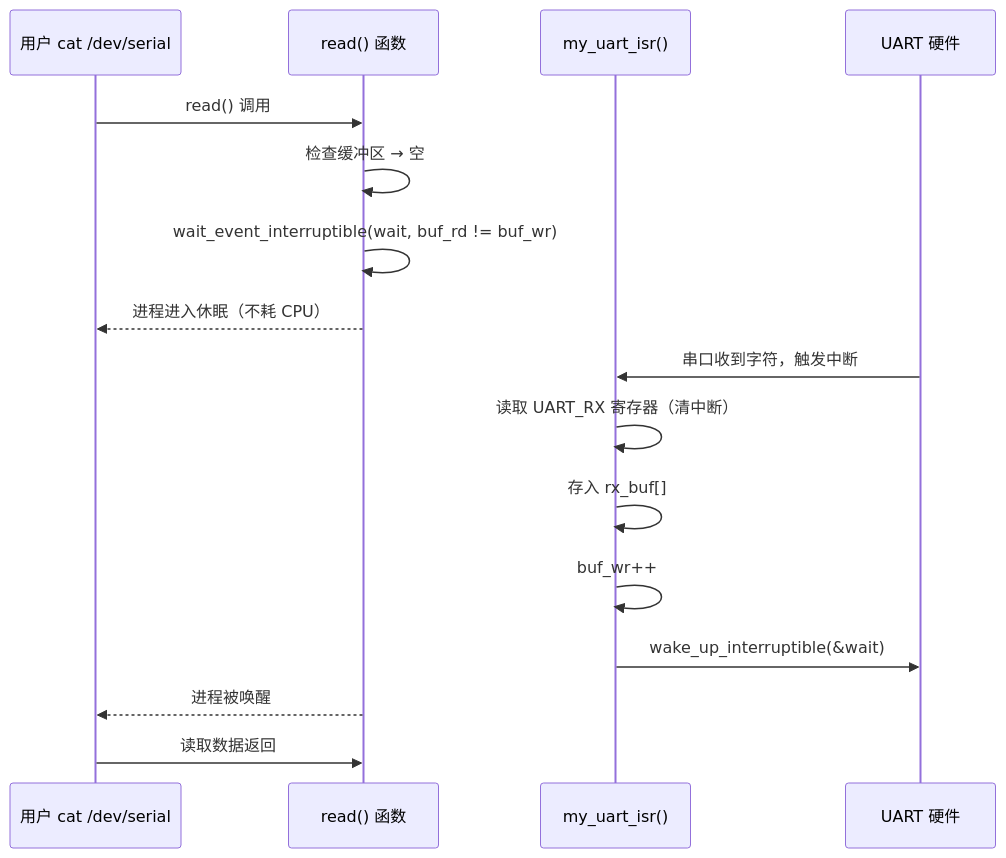
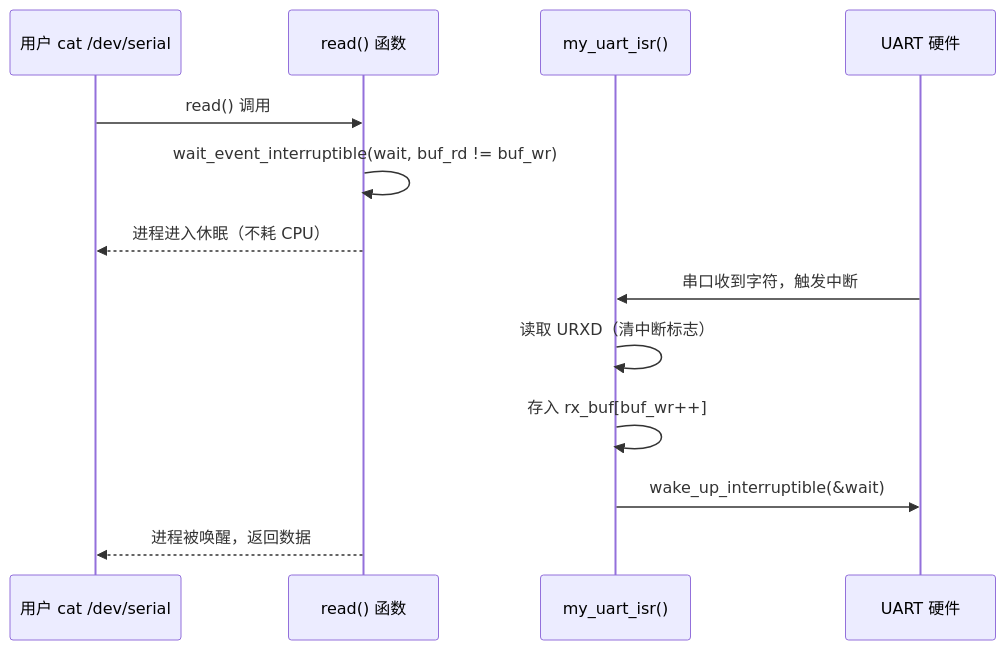
The seventh of 10 diagrams in Bootlin-实验总结.md (2549227674/linux-kernel-driver-labs), drawn with Mermaid before and after one commit. The commit also changed other lines of this file, not shown here.

````diff
--- a/Bootlin-实验总结.md
+++ b/Bootlin-实验总结.md
@@ -203,20 +338,17 @@
 ```mermaid
 sequenceDiagram
     participant User as 用户 cat /dev/serial
     participant Read as read() 函数
     participant ISR as my_uart_isr()
     participant HW as UART 硬件
 
     User->>Read: read() 调用
-    Read->>Read: 检查缓冲区 → 空
     Read->>Read: wait_event_interruptible(wait, buf_rd != buf_wr)
     Read-->>User: 进程进入休眠（不耗 CPU）
 
     HW->>ISR: 串口收到字符，触发中断
-    ISR->>ISR: 读取 UART_RX 寄存器（清中断）
-    ISR->>ISR: 存入 rx_buf[]
-    ISR->>ISR: buf_wr++
+    ISR->>ISR: 读取 URXD（清中断标志）
+    ISR->>ISR: 存入 rx_buf[buf_wr++]
     ISR->>HW: wake_up_interruptible(&wait)
-    Read-->>User: 进程被唤醒
-    User->>Read: 读取数据返回
+    Read-->>User: 进程被唤醒，返回数据
 ```
````
